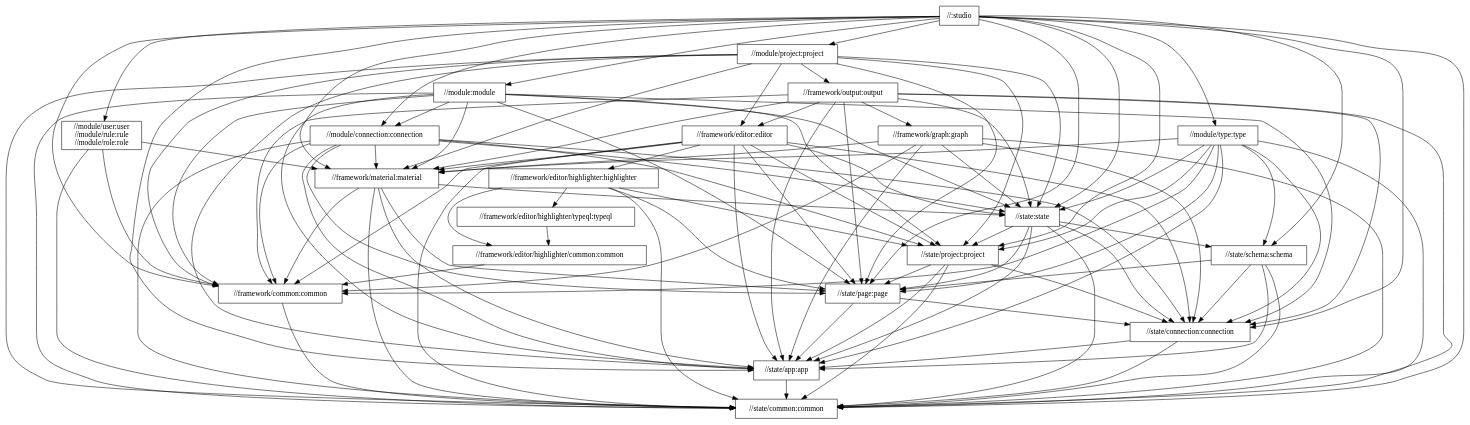
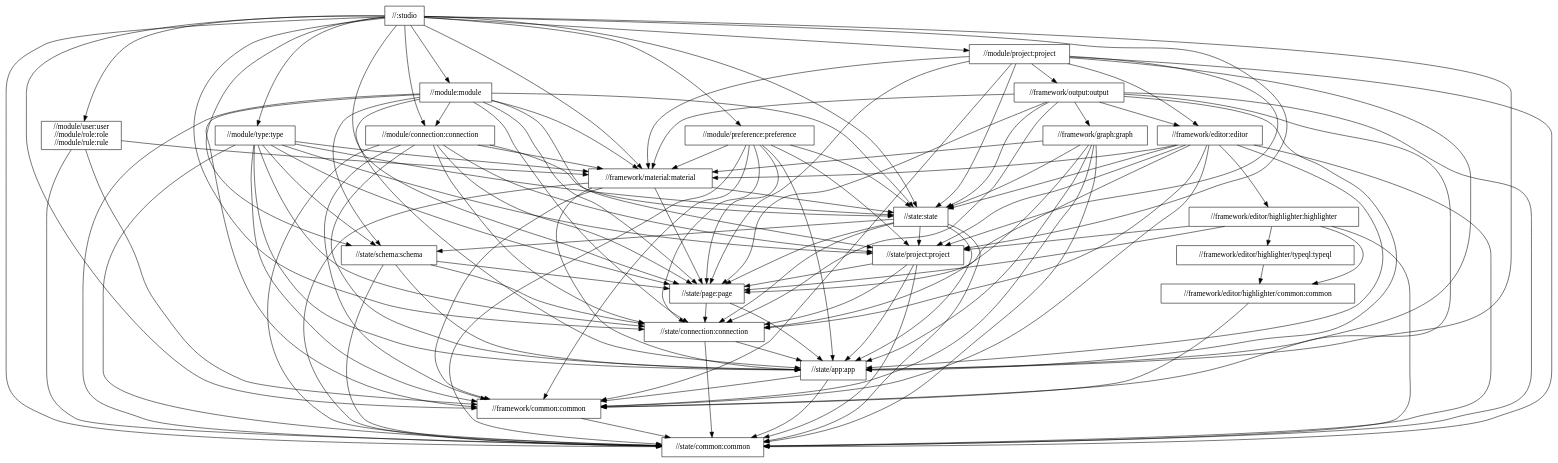
Before and after one commit to typedb/typedb-studio: the diagram in docs/global-package-structure.dot, drawn with Graphviz. The commit also changed 16 other files, not shown here.

Commit message:
feat: light graph theme

```diff
--- a/docs/global-package-structure.dot
+++ b/docs/global-package-structure.dot
@@ -1,132 +1,144 @@
 digraph mygraph {
   node [shape=box];
   "//:studio"
   "//:studio" -> "//framework/common:common"
   "//:studio" -> "//framework/material:material"
   "//:studio" -> "//module:module"
   "//:studio" -> "//module/connection:connection"
+  "//:studio" -> "//module/preference:preference"
   "//:studio" -> "//module/project:project"
-  "//:studio" -> "//module/user:user\n//module/rule:rule\n//module/role:role"
+  "//:studio" -> "//module/user:user\n//module/role:role\n//module/rule:rule"
   "//:studio" -> "//module/type:type"
   "//:studio" -> "//state/schema:schema"
   "//:studio" -> "//state:state"
   "//:studio" -> "//state/app:app"
   "//:studio" -> "//state/common:common"
   "//:studio" -> "//state/connection:connection"
   "//:studio" -> "//state/page:page"
   "//:studio" -> "//state/project:project"
+  "//module/preference:preference"
+  "//module/preference:preference" -> "//framework/common:common"
+  "//module/preference:preference" -> "//framework/material:material"
+  "//module/preference:preference" -> "//state:state"
+  "//module/preference:preference" -> "//state/app:app"
+  "//module/preference:preference" -> "//state/common:common"
+  "//module/preference:preference" -> "//state/connection:connection"
+  "//module/preference:preference" -> "//state/page:page"
+  "//module/preference:preference" -> "//state/project:project"
   "//module/type:type"
   "//module/type:type" -> "//framework/common:common"
   "//module/type:type" -> "//framework/material:material"
   "//module/type:type" -> "//state:state"
   "//module/type:type" -> "//state/app:app"
   "//module/type:type" -> "//state/common:common"
   "//module/type:type" -> "//state/connection:connection"
   "//module/type:type" -> "//state/page:page"
   "//module/type:type" -> "//state/project:project"
   "//module/type:type" -> "//state/schema:schema"
-  "//module:module"
-  "//module:module" -> "//framework/common:common"
-  "//module:module" -> "//framework/material:material"
-  "//module:module" -> "//module/connection:connection"
-  "//module:module" -> "//state:state"
-  "//module:module" -> "//state/app:app"
-  "//module:module" -> "//state/common:common"
-  "//module:module" -> "//state/connection:connection"
-  "//module:module" -> "//state/page:page"
-  "//module:module" -> "//state/project:project"
-  "//module/connection:connection"
-  "//module/connection:connection" -> "//framework/common:common"
-  "//module/connection:connection" -> "//framework/material:material"
-  "//module/connection:connection" -> "//state:state"
-  "//module/connection:connection" -> "//state/app:app"
-  "//module/connection:connection" -> "//state/common:common"
-  "//module/connection:connection" -> "//state/connection:connection"
-  "//module/connection:connection" -> "//state/page:page"
-  "//module/connection:connection" -> "//state/project:project"
   "//module/project:project"
   "//module/project:project" -> "//framework/common:common"
   "//module/project:project" -> "//framework/editor:editor"
   "//module/project:project" -> "//framework/material:material"
   "//module/project:project" -> "//framework/output:output"
   "//module/project:project" -> "//state:state"
   "//module/project:project" -> "//state/app:app"
   "//module/project:project" -> "//state/common:common"
   "//module/project:project" -> "//state/page:page"
   "//module/project:project" -> "//state/project:project"
   "//framework/output:output"
   "//framework/output:output" -> "//framework/common:common"
   "//framework/output:output" -> "//framework/editor:editor"
   "//framework/output:output" -> "//framework/graph:graph"
   "//framework/output:output" -> "//framework/material:material"
   "//framework/output:output" -> "//state:state"
   "//framework/output:output" -> "//state/app:app"
   "//framework/output:output" -> "//state/common:common"
   "//framework/output:output" -> "//state/connection:connection"
   "//framework/output:output" -> "//state/page:page"
-  "//framework/graph:graph"
-  "//framework/graph:graph" -> "//framework/common:common"
-  "//framework/graph:graph" -> "//framework/material:material"
-  "//framework/graph:graph" -> "//state:state"
-  "//framework/graph:graph" -> "//state/app:app"
-  "//framework/graph:graph" -> "//state/common:common"
-  "//framework/graph:graph" -> "//state/connection:connection"
   "//framework/editor:editor"
   "//framework/editor:editor" -> "//framework/common:common"
   "//framework/editor:editor" -> "//framework/editor/highlighter:highlighter"
   "//framework/editor:editor" -> "//framework/material:material"
   "//framework/editor:editor" -> "//state:state"
   "//framework/editor:editor" -> "//state/app:app"
   "//framework/editor:editor" -> "//state/common:common"
   "//framework/editor:editor" -> "//state/connection:connection"
   "//framework/editor:editor" -> "//state/page:page"
   "//framework/editor:editor" -> "//state/project:project"
+  "//module:module"
+  "//module:module" -> "//framework/common:common"
+  "//module:module" -> "//framework/material:material"
+  "//module:module" -> "//module/connection:connection"
+  "//module:module" -> "//state:state"
+  "//module:module" -> "//state/app:app"
+  "//module:module" -> "//state/common:common"
+  "//module:module" -> "//state/connection:connection"
+  "//module:module" -> "//state/page:page"
+  "//module:module" -> "//state/project:project"
+  "//module:module" -> "//state/schema:schema"
   "//framework/editor/highlighter:highlighter"
   "//framework/editor/highlighter:highlighter" -> "//framework/editor/highlighter/common:common"
   "//framework/editor/highlighter:highlighter" -> "//framework/editor/highlighter/typeql:typeql"
   "//framework/editor/highlighter:highlighter" -> "//state/common:common"
   "//framework/editor/highlighter:highlighter" -> "//state/page:page"
   "//framework/editor/highlighter:highlighter" -> "//state/project:project"
   "//framework/editor/highlighter/typeql:typeql"
   "//framework/editor/highlighter/typeql:typeql" -> "//framework/editor/highlighter/common:common"
   "//framework/editor/highlighter/common:common"
   "//framework/editor/highlighter/common:common" -> "//framework/common:common"
-  "//module/user:user\n//module/rule:rule\n//module/role:role"
-  "//module/user:user\n//module/rule:rule\n//module/role:role" -> "//framework/common:common"
-  "//module/user:user\n//module/rule:rule\n//module/role:role" -> "//framework/material:material"
-  "//module/user:user\n//module/rule:rule\n//module/role:role" -> "//state/common:common"
+  "//module/user:user\n//module/role:role\n//module/rule:rule"
+  "//module/user:user\n//module/role:role\n//module/rule:rule" -> "//framework/common:common"
+  "//module/user:user\n//module/role:role\n//module/rule:rule" -> "//framework/material:material"
+  "//module/user:user\n//module/role:role\n//module/rule:rule" -> "//state/common:common"
+  "//module/connection:connection"
+  "//module/connection:connection" -> "//framework/common:common"
+  "//module/connection:connection" -> "//framework/material:material"
+  "//module/connection:connection" -> "//state:state"
+  "//module/connection:connection" -> "//state/app:app"
+  "//module/connection:connection" -> "//state/common:common"
+  "//module/connection:connection" -> "//state/connection:connection"
+  "//module/connection:connection" -> "//state/page:page"
+  "//module/connection:connection" -> "//state/project:project"
+  "//framework/graph:graph"
+  "//framework/graph:graph" -> "//framework/common:common"
+  "//framework/graph:graph" -> "//framework/material:material"
+  "//framework/graph:graph" -> "//state:state"
+  "//framework/graph:graph" -> "//state/app:app"
+  "//framework/graph:graph" -> "//state/common:common"
+  "//framework/graph:graph" -> "//state/connection:connection"
   "//framework/material:material"
   "//framework/material:material" -> "//framework/common:common"
   "//framework/material:material" -> "//state:state"
   "//framework/material:material" -> "//state/app:app"
   "//framework/material:material" -> "//state/common:common"
   "//framework/material:material" -> "//state/page:page"
   "//state:state"
   "//state:state" -> "//state/app:app"
   "//state:state" -> "//state/common:common"
   "//state:state" -> "//state/connection:connection"
   "//state:state" -> "//state/page:page"
   "//state:state" -> "//state/project:project"
   "//state:state" -> "//state/schema:schema"
   "//state/schema:schema"
   "//state/schema:schema" -> "//state/app:app"
   "//state/schema:schema" -> "//state/common:common"
   "//state/schema:schema" -> "//state/connection:connection"
   "//state/schema:schema" -> "//state/page:page"
   "//state/project:project"
   "//state/project:project" -> "//state/app:app"
   "//state/project:project" -> "//state/common:common"
   "//state/project:project" -> "//state/connection:connection"
   "//state/project:project" -> "//state/page:page"
   "//state/page:page"
   "//state/page:page" -> "//state/app:app"
   "//state/page:page" -> "//state/connection:connection"
   "//state/connection:connection"
   "//state/connection:connection" -> "//state/app:app"
   "//state/connection:connection" -> "//state/common:common"
   "//state/app:app"
+  "//state/app:app" -> "//framework/common:common"
   "//state/app:app" -> "//state/common:common"
   "//framework/common:common"
   "//framework/common:common" -> "//state/common:common"
   "//state/common:common"
 }
```
